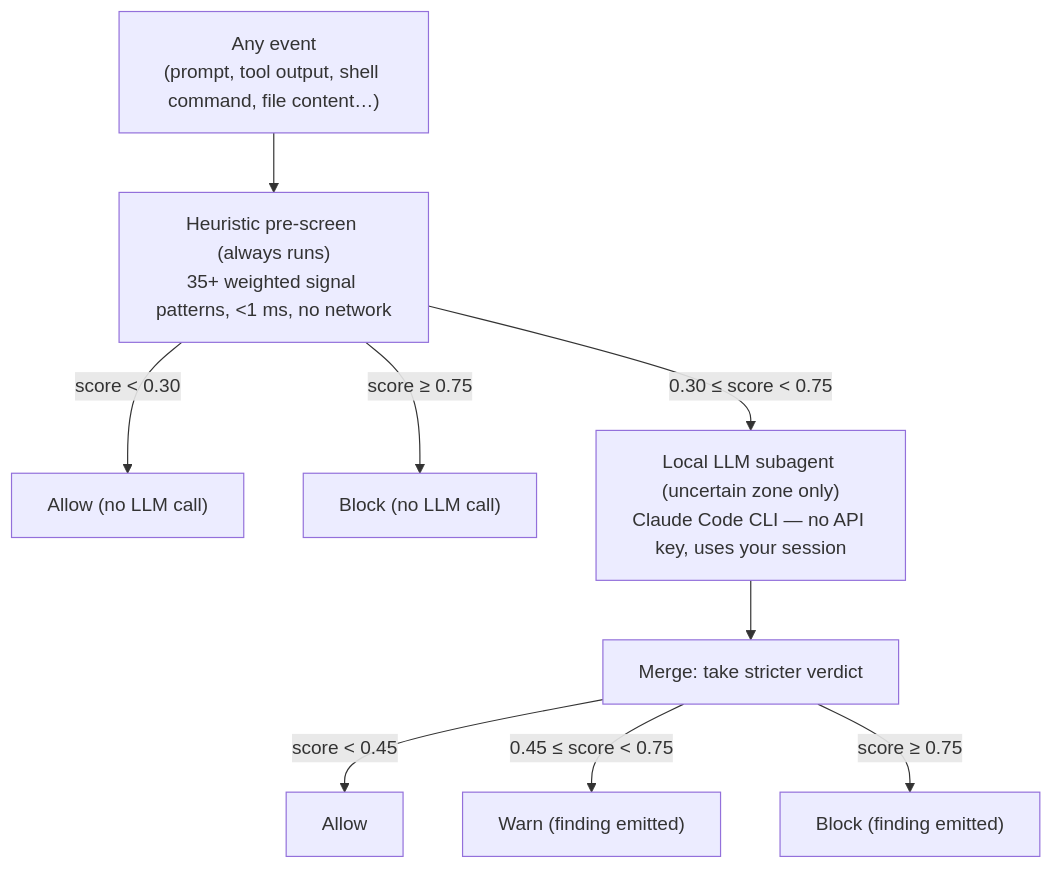
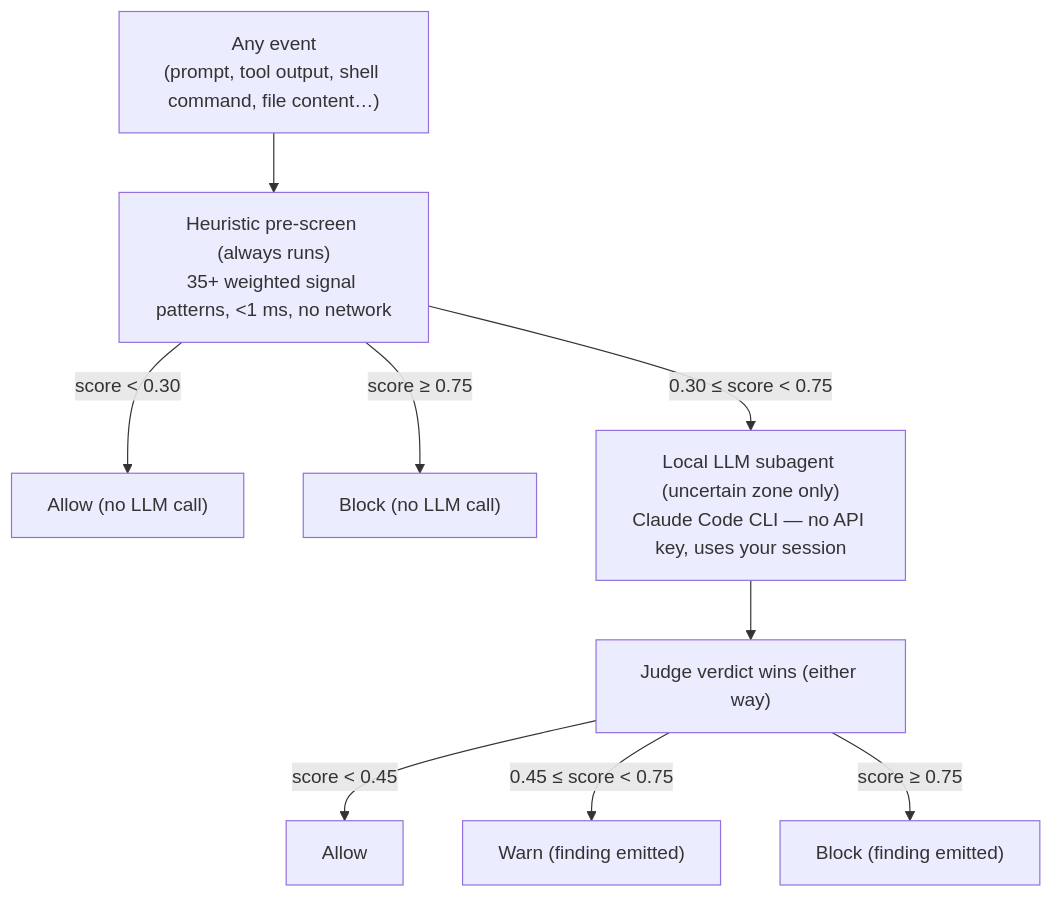
One commit to PrismorSec/prismor changed the diagram in docs/semantic-guard.md. Above: the diagram before and after it, drawn with Mermaid. The commit also changed other lines of this file and 2 other files, not shown here.

First line of the commit message:
Judge verdict is final in the uncertain zone, so it can clear false positives too

````diff
--- a/docs/semantic-guard.md
+++ b/docs/semantic-guard.md
@@ -12,11 +12,11 @@
 ```mermaid
 flowchart TD
     EV["Any event<br/>(prompt, tool output, shell command, file content…)"] --> PRE["Heuristic pre-screen (always runs)<br/>35+ weighted signal patterns, &lt;1 ms, no network"]
     PRE -->|"score &lt; 0.30"| ALLOW1["Allow (no LLM call)"]
     PRE -->|"score ≥ 0.75"| BLOCK1["Block (no LLM call)"]
     PRE -->|"0.30 ≤ score &lt; 0.75"| LLM["Local LLM subagent (uncertain zone only)<br/>Claude Code CLI — no API key, uses your session"]
-    LLM --> MERGE["Merge: take stricter verdict"]
+    LLM --> MERGE["Judge verdict wins (either way)"]
     MERGE -->|"score &lt; 0.45"| ALLOW2["Allow"]
     MERGE -->|"0.45 ≤ score &lt; 0.75"| WARN["Warn (finding emitted)"]
     MERGE -->|"score ≥ 0.75"| BLOCK2["Block (finding emitted)"]
 ```
````
